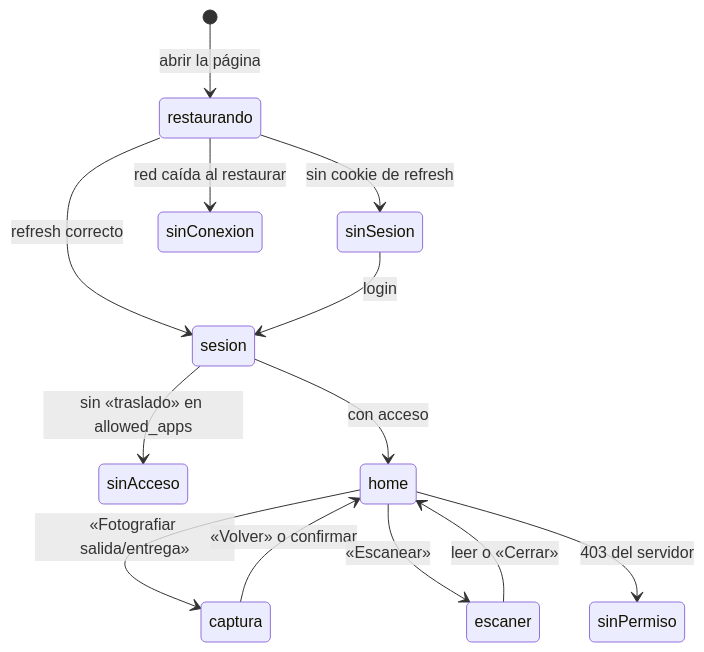
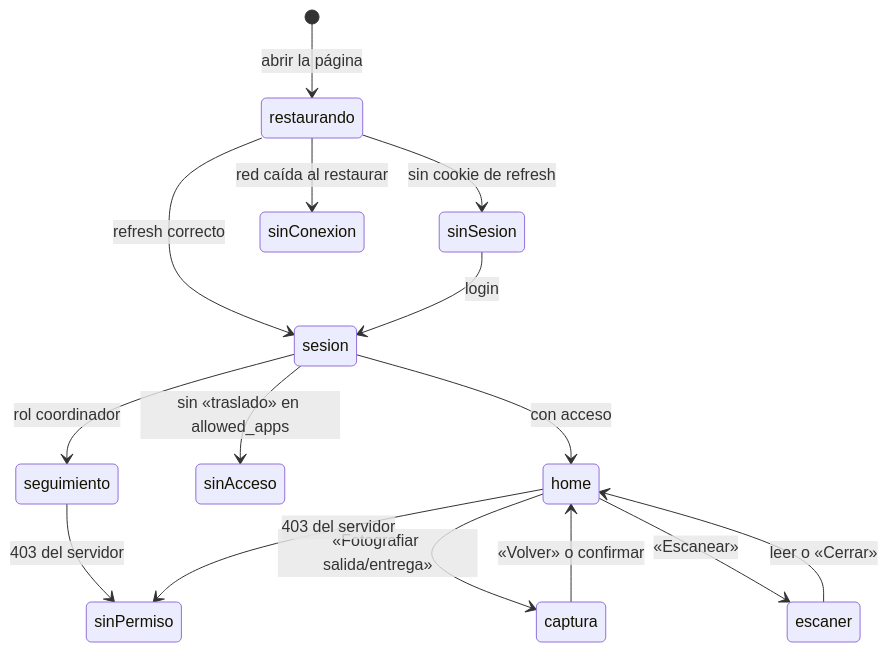
The diagram in docs/02-arquitectura/navegacion-y-sesion.md (sumdata01-ai/sum-traslado-app), drawn with Mermaid before and after one commit. The commit also changed other lines of this file and 23 other files, not shown here.

First line of the commit message:
Documentacion: la vista del coordinador, su mapeo de acceso y el pedido al backend

````diff
--- a/docs/02-arquitectura/navegacion-y-sesion.md
+++ b/docs/02-arquitectura/navegacion-y-sesion.md
@@ -9,15 +9,17 @@
 ```mermaid
 stateDiagram-v2
   [*] --> restaurando: abrir la página
   restaurando --> sinSesion: sin cookie de refresh
   restaurando --> sinConexion: red caída al restaurar
   restaurando --> sesion: refresh correcto
   sinSesion --> sesion: login
+  sesion --> seguimiento: rol coordinador
   sesion --> sinAcceso: sin «traslado» en allowed_apps
   sesion --> home: con acceso
+  seguimiento --> sinPermiso: 403 del servidor
   home --> captura: «Fotografiar salida/entrega»
   captura --> home: «Volver» o confirmar
   home --> escaner: «Escanear»
   escaner --> home: leer o «Cerrar»
   home --> sinPermiso: 403 del servidor
 ```
````
